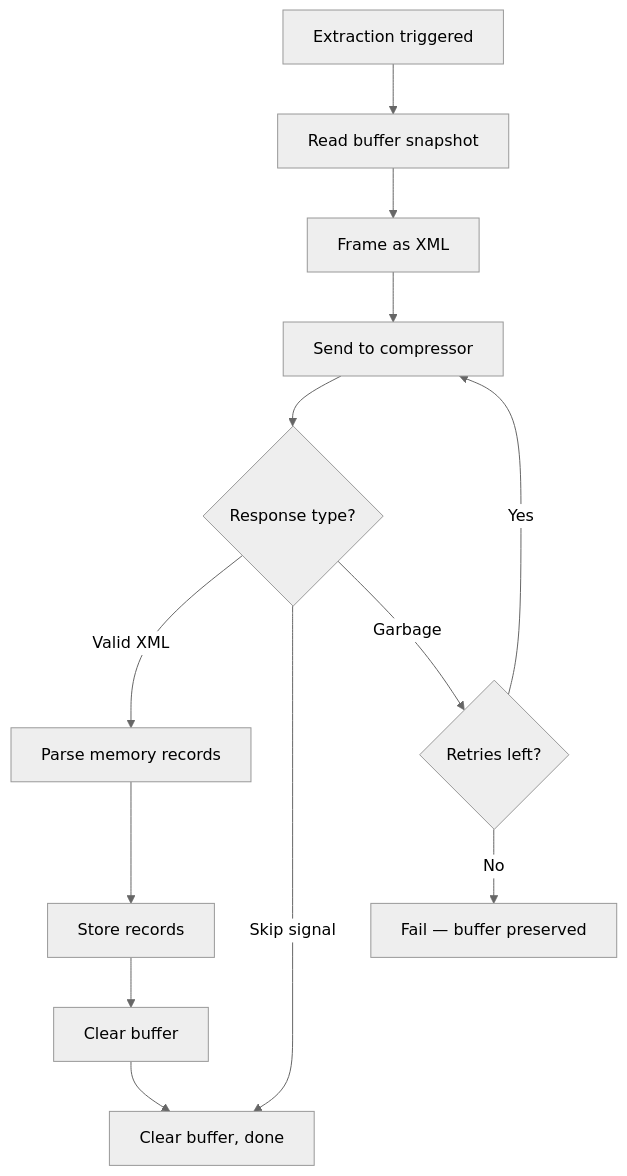
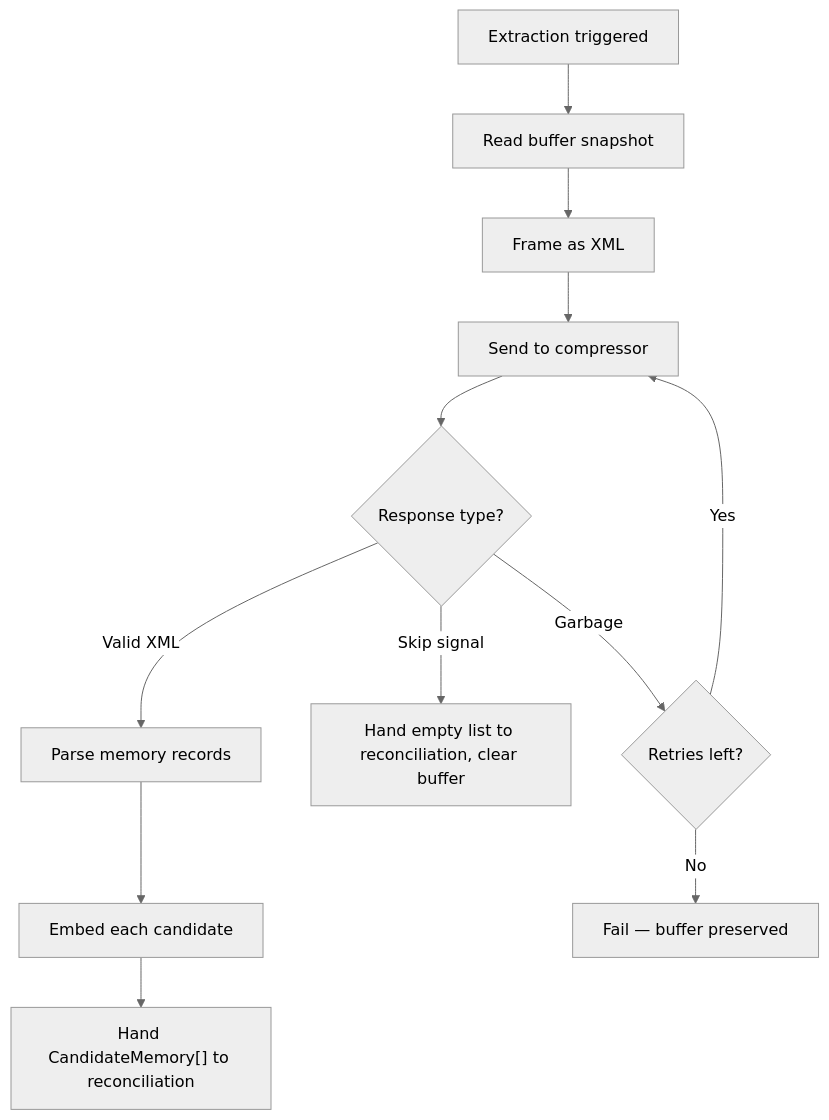
Before and after one commit to brendangeck/kiro-learn: the second of 2 diagrams in docs/architecture/extraction.mdx, drawn with Mermaid (neutral theme). The commit also changed other lines of this file and 67 other files, not shown here.

````diff
--- a/docs/architecture/extraction.mdx
+++ b/docs/architecture/extraction.mdx
@@ -159,15 +167,14 @@
 ```mermaid
 flowchart TD
     Start["Extraction triggered"] --> Read["Read buffer snapshot"]
     Read --> Frame["Frame as XML"]
     Frame --> Send["Send to compressor"]
     Send --> Check{Response type?}
     Check -->|"Valid XML"| Parse["Parse memory records"]
-    Check -->|"Skip signal"| Done["Clear buffer, done"]
+    Check -->|"Skip signal"| Done["Hand empty list to reconciliation, clear buffer"]
     Check -->|"Garbage"| Retry{Retries left?}
     Retry -->|Yes| Send
     Retry -->|No| Fail["Fail — buffer preserved"]
-    Parse --> Store["Store records"]
-    Store --> Clear["Clear buffer"]
-    Clear --> Done
+    Parse --> Embed["Embed each candidate"]
+    Embed --> Hand["Hand CandidateMemory[] to reconciliation"]
 ```
````
